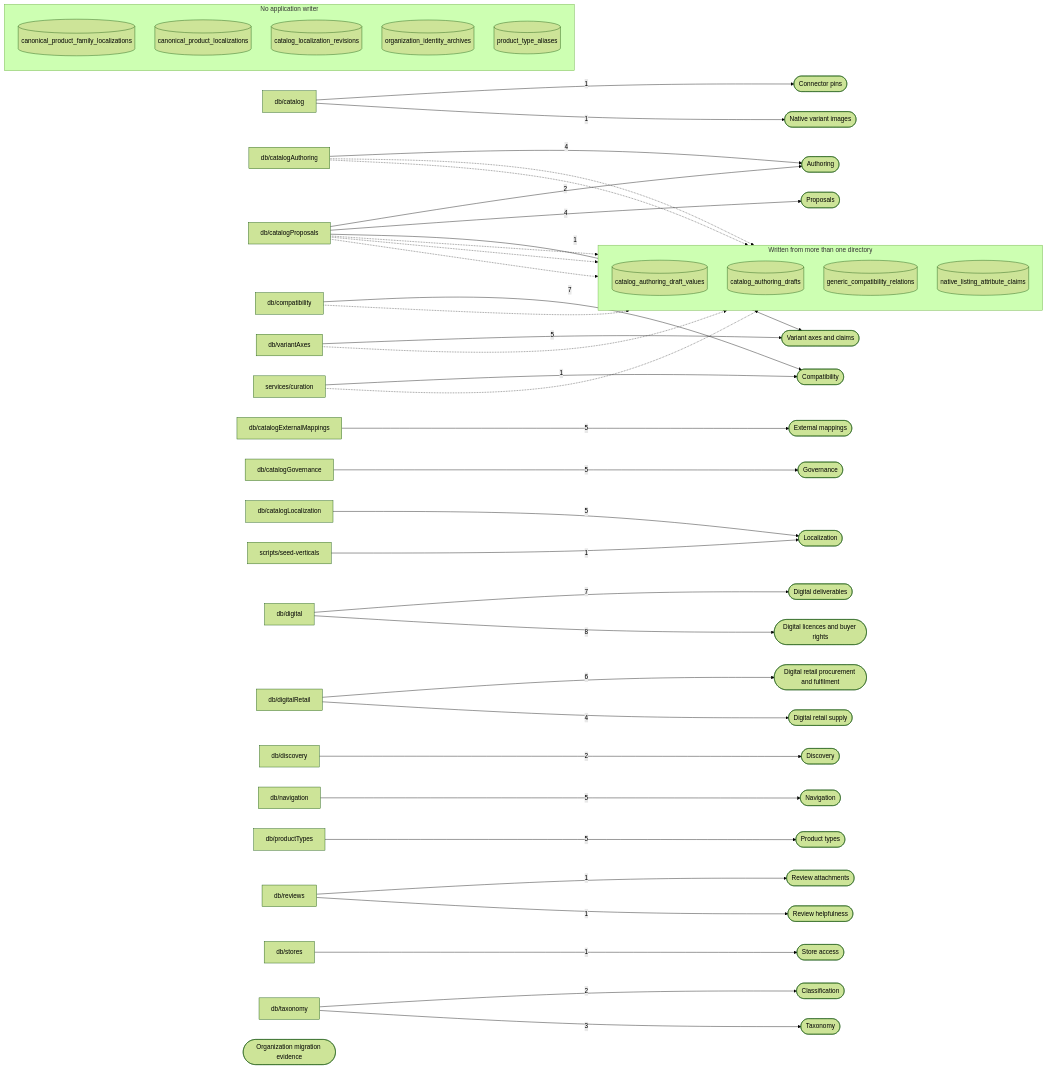
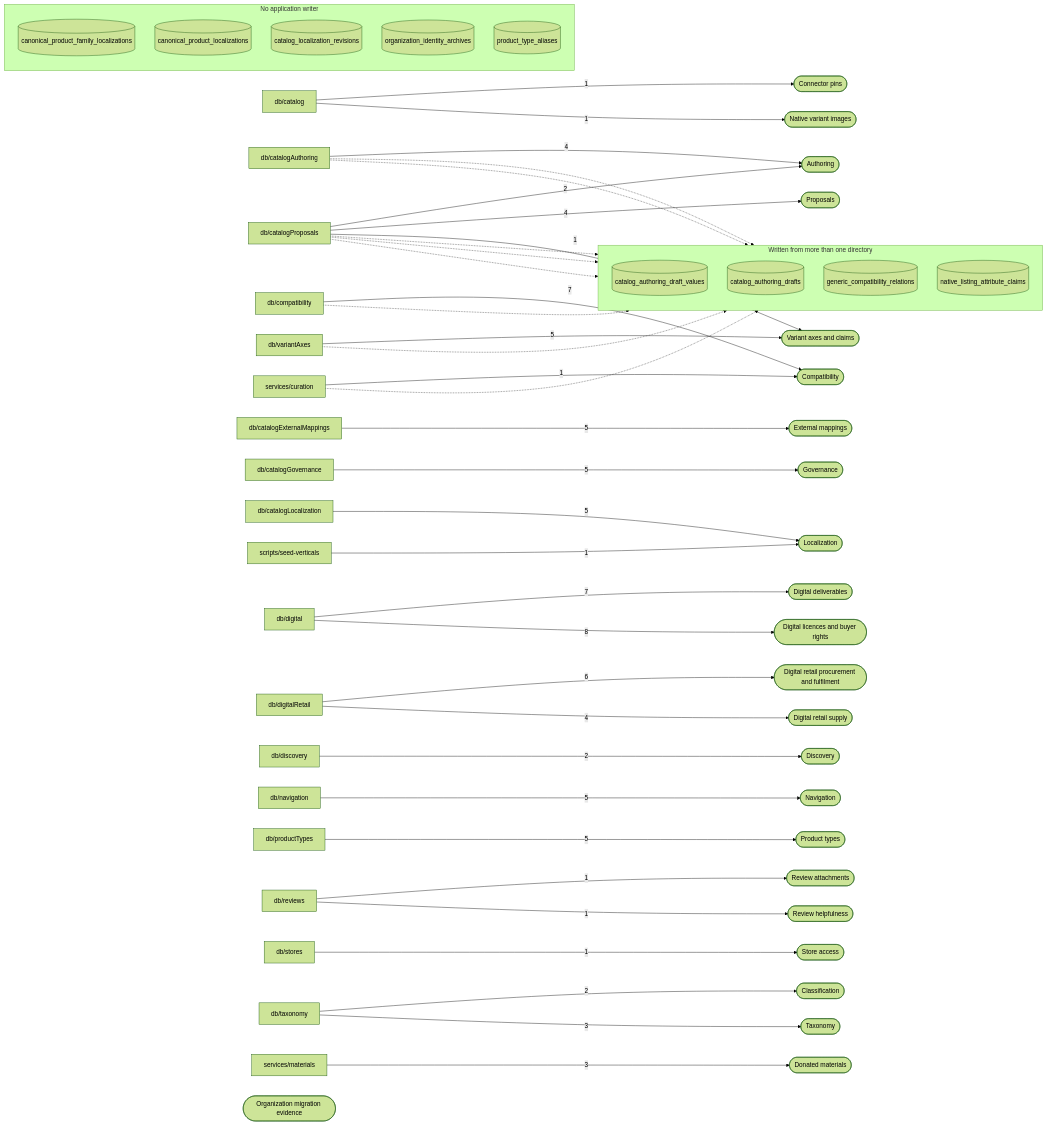
One commit to OxyHQ/Mercaria changed the second of 25 diagrams in docs/catalog-architecture-diagrams.md. Above: the diagram before and after it, drawn with Mermaid (forest theme). The commit also changed other lines of this file and 9 other files, not shown here.

First line of the commit message:
test(materials): register donated materials with the repo gates

```diff
--- a/docs/catalog-architecture-diagrams.md
+++ b/docs/catalog-architecture-diagrams.md
@@ -235,6 +236,7 @@
     W_db_variantAxes["db/variantAxes"]
     W_scripts_seed_verticals["scripts/seed-verticals"]
     W_services_curation["services/curation"]
+    W_services_materials["services/materials"]
     M_Organization_migration_evidence(["Organization migration evidence"])
     M_Taxonomy(["Taxonomy"])
     M_Classification(["Classification"])
@@ -256,6 +258,7 @@
     M_Digital_licences_and_buyer_rights(["Digital licences and buyer rights"])
     M_Digital_retail_supply(["Digital retail supply"])
     M_Digital_retail_procurement_and_fulfilment(["Digital retail procurement and fulfilment"])
+    M_Donated_materials(["Donated materials"])
     M_Store_access(["Store access"])
     W_db_catalog -->|"1"| M_Connector_pins
     W_db_catalog -->|"1"| M_Native_variant_images
@@ -282,6 +285,7 @@
     W_db_variantAxes -->|"5"| M_Variant_axes_and_claims
     W_scripts_seed_verticals -->|"1"| M_Localization
     W_services_curation -->|"1"| M_Compatibility
+    W_services_materials -->|"3"| M_Donated_materials
     subgraph shared["Written from more than one directory"]
         direction TB
         T_catalog_authoring_draft_values[("catalog_authoring_draft_values")]
```
